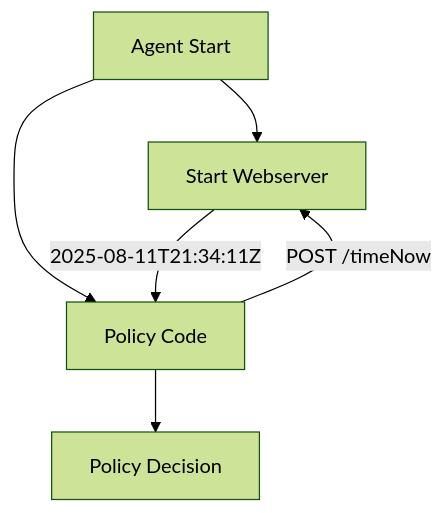
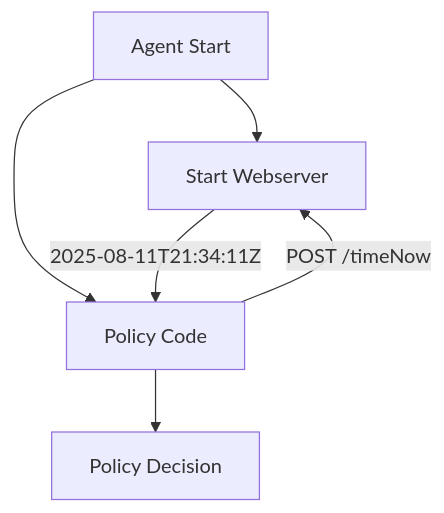
One commit to straubt1/sentinel-agent-functions changed the diagram in README.md. Above: the diagram before and after it, drawn with Mermaid.

````diff
--- a/README.md
+++ b/README.md
@@ -54,12 +54,12 @@
 ```mermaid
 ---
 config:
-  theme: forest
-  layout: fixed
+  theme: mc
+  layout: dagre
 ---
 flowchart TD
     A["Agent Start"] --> B["Start Webserver"] & C["Policy Code"]
     C -- "POST" /timeNow--> B
     B -- "2025-08-11T21:34:11Z" --> C
     C --> D["Policy Decision"]
 ```
````
